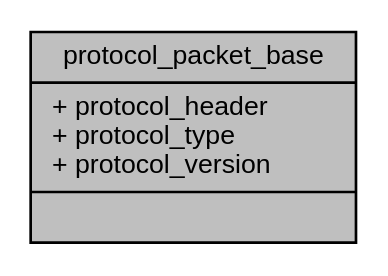
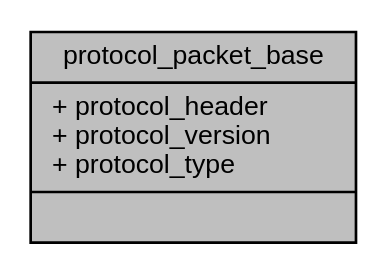
Before and after one commit to Quantum-0/qlsc: the diagram in structprotocol__packet__base__coll__graph.dot, drawn with Graphviz. The commit also changed 83 other files, not shown here.

```diff
--- a/structprotocol__packet__base__coll__graph.dot
+++ b/structprotocol__packet__base__coll__graph.dot
@@ -1,7 +1,7 @@
 digraph "protocol_packet_base"
 {
  // LATEX_PDF_SIZE
   edge [fontname="Helvetica",fontsize="10",labelfontname="Helvetica",labelfontsize="10"];
   node [fontname="Helvetica",fontsize="10",shape=record];
-  Node1 [label="{protocol_packet_base\n|+ protocol_header\l+ protocol_type\l+ protocol_version\l|}",height=0.2,width=0.4,color="black", fillcolor="grey75", style="filled", fontcolor="black",tooltip=" "];
+  Node1 [label="{protocol_packet_base\n|+ protocol_header\l+ protocol_version\l+ protocol_type\l|}",height=0.2,width=0.4,color="black", fillcolor="grey75", style="filled", fontcolor="black",tooltip=" "];
 }
```
